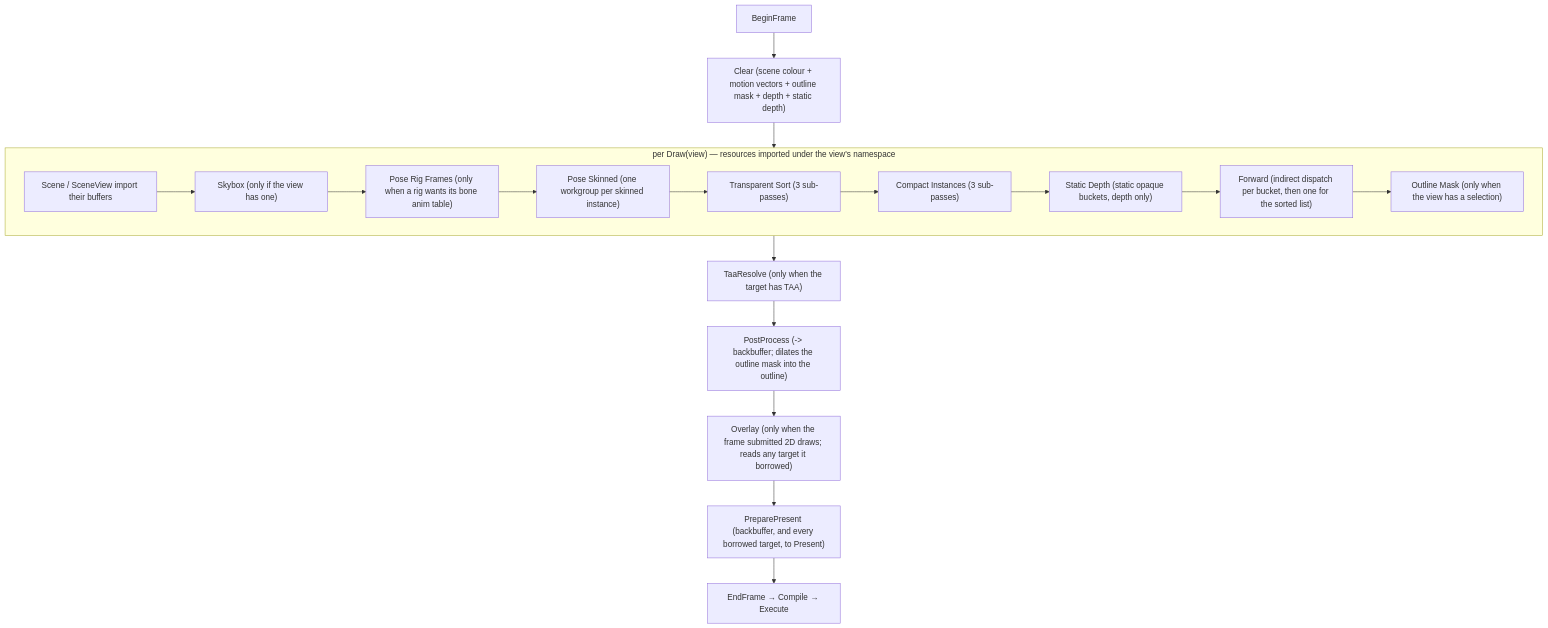
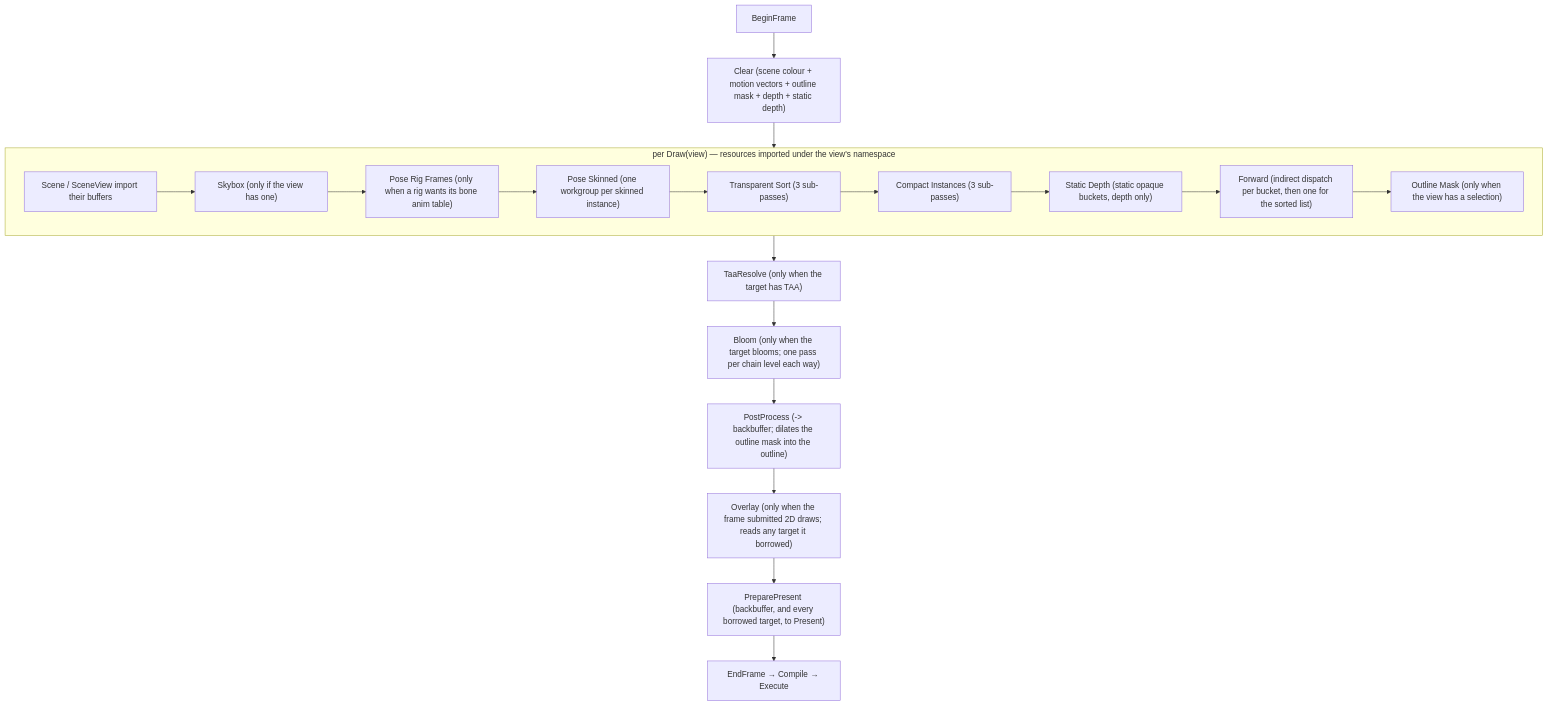
The diagram in docs/passes.md (alexjiang200407/bernini), drawn with Mermaid before and after one commit. The commit also changed other lines of this file and 13 other files, not shown here.

First line of the commit message:
feat(bgl): the bloom chain

````diff
--- a/docs/passes.md
+++ b/docs/passes.md
@@ -36,20 +36,21 @@
 ```mermaid
 flowchart TD
     BF["BeginFrame"] --> CLR["Clear (scene colour + motion vectors + outline mask + depth + static depth)"]
     CLR --> D["per Draw(view)"]
     subgraph D["per Draw(view) — resources imported under the view's namespace"]
         IMP["Scene / SceneView import their buffers"] --> SKY["Skybox (only if the view has one)"]
         SKY --> RIG["Pose Rig Frames (only when a rig wants its bone anim table)"]
         RIG --> POSE["Pose Skinned (one workgroup per skinned instance)"]
         POSE --> TS["Transparent Sort (3 sub-passes)"]
         TS --> CI["Compact Instances (3 sub-passes)"]
         CI --> SD["Static Depth (static opaque buckets, depth only)"]
         SD --> FWD["Forward (indirect dispatch per bucket, then one for the sorted list)"]
         FWD --> SM["Outline Mask (only when the view has a selection)"]
     end
     D --> TAA["TaaResolve (only when the target has TAA)"]
-    TAA --> PPX["PostProcess (-> backbuffer; dilates the outline mask into the outline)"]
+    TAA --> BLM["Bloom (only when the target blooms; one pass per chain level each way)"]
+    BLM --> PPX["PostProcess (-> backbuffer; dilates the outline mask into the outline)"]
     PPX --> OVL["Overlay (only when the frame submitted 2D draws; reads any target it borrowed)"]
     OVL --> PP["PreparePresent (backbuffer, and every borrowed target, to Present)"]
     PP --> EF["EndFrame → Compile → Execute"]
 ```
````
